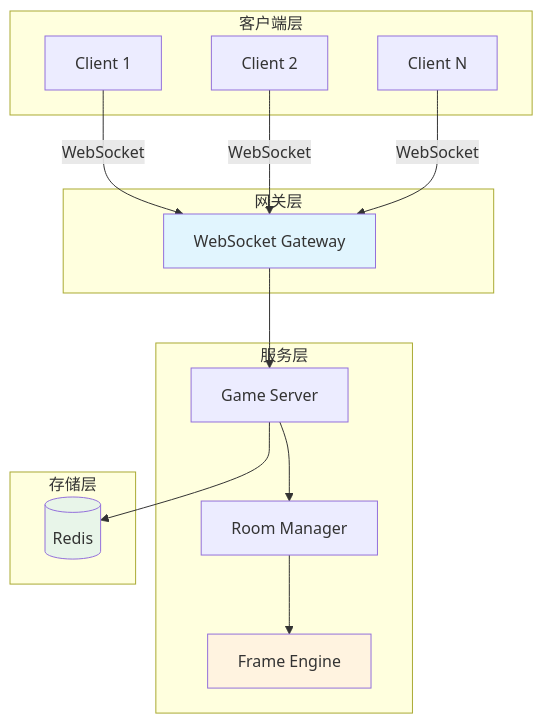
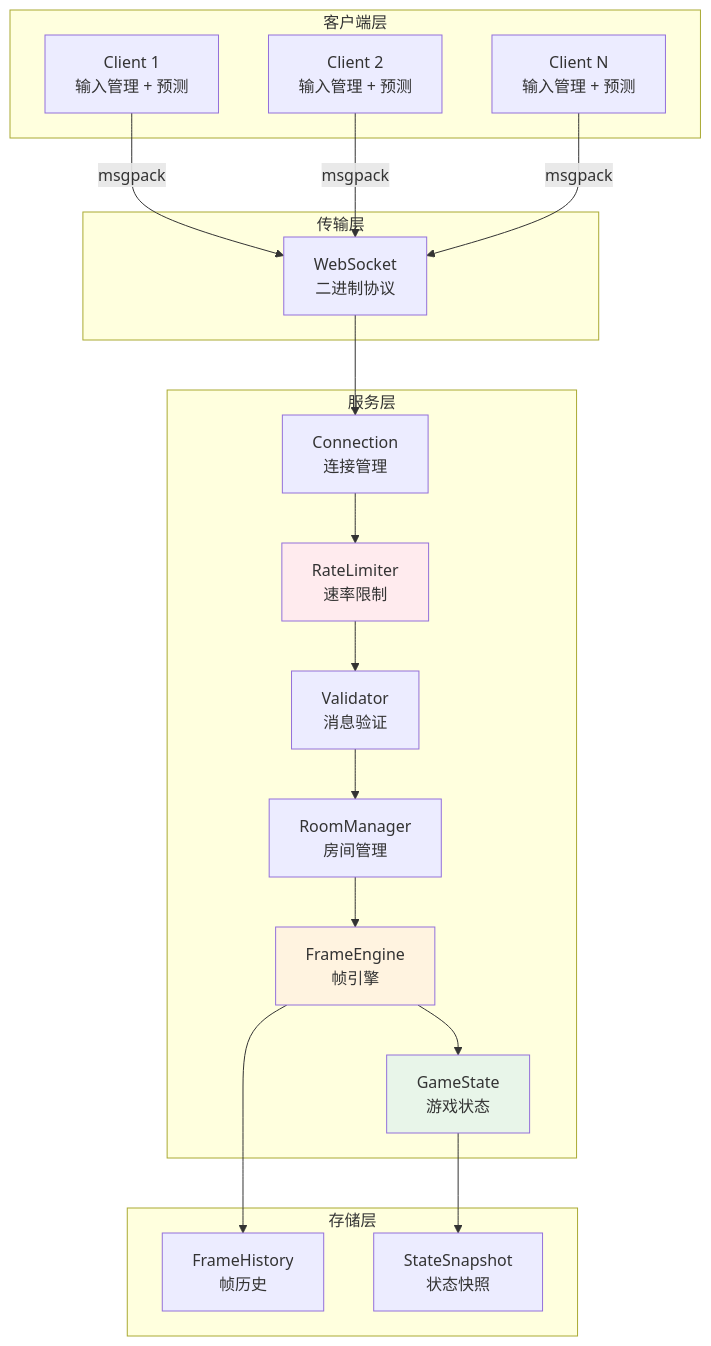
Before and after one commit to kongshan001/game-frame-sync: the first of 3 diagrams in README.md, drawn with Mermaid. The commit also changed other lines of this file, not shown here.

First line of the commit message:
docs: Complete README with comprehensive architecture documentation

````diff
--- a/README.md
+++ b/README.md
@@ -81,36 +103,45 @@
 ```mermaid
 graph TB
     subgraph 客户端层
-        C1[Client 1]
-        C2[Client 2]
-        C3[Client N]
+        C1[Client 1<br/>输入管理 + 预测]
+        C2[Client 2<br/>输入管理 + 预测]
+        C3[Client N<br/>输入管理 + 预测]
     end
     
-    subgraph 网关层
-        GW[WebSocket Gateway]
+    subgraph 传输层
+        WS[WebSocket<br/>二进制协议]
     end
     
     subgraph 服务层
-        GS[Game Server]
-        RM[Room Manager]
-        FE[Frame Engine]
+        GW[Connection<br/>连接管理]
+        RL[RateLimiter<br/>速率限制]
+        MV[Validator<br/>消息验证]
+        
+        RM[RoomManager<br/>房间管理]
+        FE[FrameEngine<br/>帧引擎]
+        GS[GameState<br/>游戏状态]
     end
     
     subgraph 存储层
-        Redis[(Redis)]
+        FH[FrameHistory<br/>帧历史]
+        SS[StateSnapshot<br/>状态快照]
     end
     
-    C1 -->|WebSocket| GW
-    C2 -->|WebSocket| GW
-    C3 -->|WebSocket| GW
+    C1 -->|msgpack| WS
+    C2 -->|msgpack| WS
+    C3 -->|msgpack| WS
     
-    GW --> GS
-    GS --> RM
+    WS --> GW
+    GW --> RL
+    RL --> MV
+    MV --> RM
     RM --> FE
+    FE --> GS
     
-    GS --> Redis
+    FE --> FH
+    GS --> SS
     
-    style GW fill:#e1f5fe
     style FE fill:#fff3e0
-    style Redis fill:#e8f5e9
+    style GS fill:#e8f5e9
+    style RL fill:#ffebee
 ```
````
